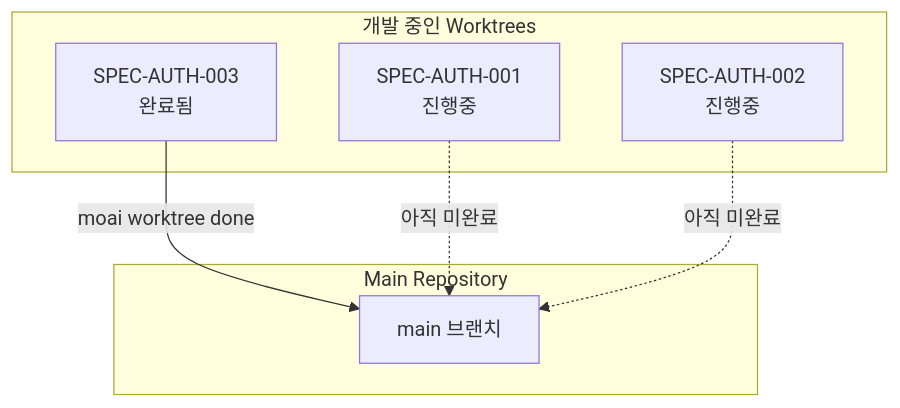
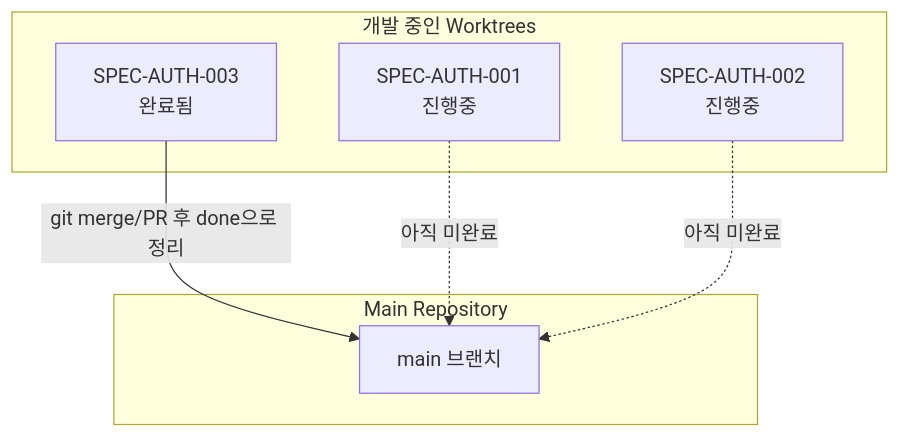
The fifth of 6 diagrams in docs-site/content/ko/worktree/_index.md (modu-ai/moai-adk), drawn with Mermaid before and after one commit. The commit also changed other lines of this file and 30 other files, not shown here.

````diff
--- a/docs-site/content/ko/worktree/_index.md
+++ b/docs-site/content/ko/worktree/_index.md
@@ -236,16 +236,16 @@
 ```mermaid
 flowchart TB
     subgraph Development["개발 중인 Worktrees"]
         D1[SPEC-AUTH-001<br/>진행중]
         D2[SPEC-AUTH-002<br/>진행중]
         D3[SPEC-AUTH-003<br/>완료됨]
     end
 
     subgraph Main["Main Repository"]
         M[main 브랜치]
     end
 
-    D3 -->|moai worktree done| M
+    D3 -->|git merge/PR 후 done으로 정리| M
     D1 -.->|아직 미완료| M
     D2 -.->|아직 미완료| M
 ```
````
